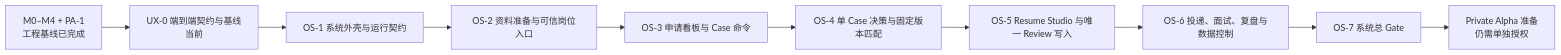
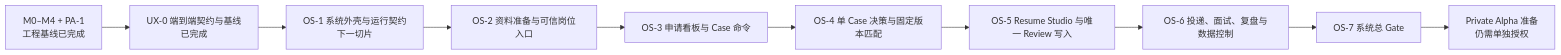
The diagram in docs/06-mvp-roadmap.md (CodeVoyager21932/Aijob), drawn with Mermaid before and after one commit. The commit also changed other lines of this file and 8 other files, not shown here.

```diff
--- a/docs/06-mvp-roadmap.md
+++ b/docs/06-mvp-roadmap.md
@@ -39,12 +39,12 @@
 ~~~mermaid
 flowchart LR
-    B["M0–M4 + PA-1<br/>工程基线已完成"] --> U0["UX-0 端到端契约与基线<br/>当前"]
-    U0 --> O1["OS-1 系统外壳与运行契约"]
+    B["M0–M4 + PA-1<br/>工程基线已完成"] --> U0["UX-0 端到端契约与基线<br/>已完成"]
+    U0 --> O1["OS-1 系统外壳与运行契约<br/>下一切片"]
     O1 --> O2["OS-2 资料准备与可信岗位入口"]
     O2 --> O3["OS-3 申请看板与 Case 命令"]
     O3 --> O4["OS-4 单 Case 决策与固定版本匹配"]
     O4 --> O5["OS-5 Resume Studio 与唯一 Review 写入"]
     O5 --> O6["OS-6 投递、面试、复盘与数据控制"]
     O6 --> O7["OS-7 系统总 Gate"]
     O7 --> P["Private Alpha 准备<br/>仍需单独授权"]
 ~~~
```
